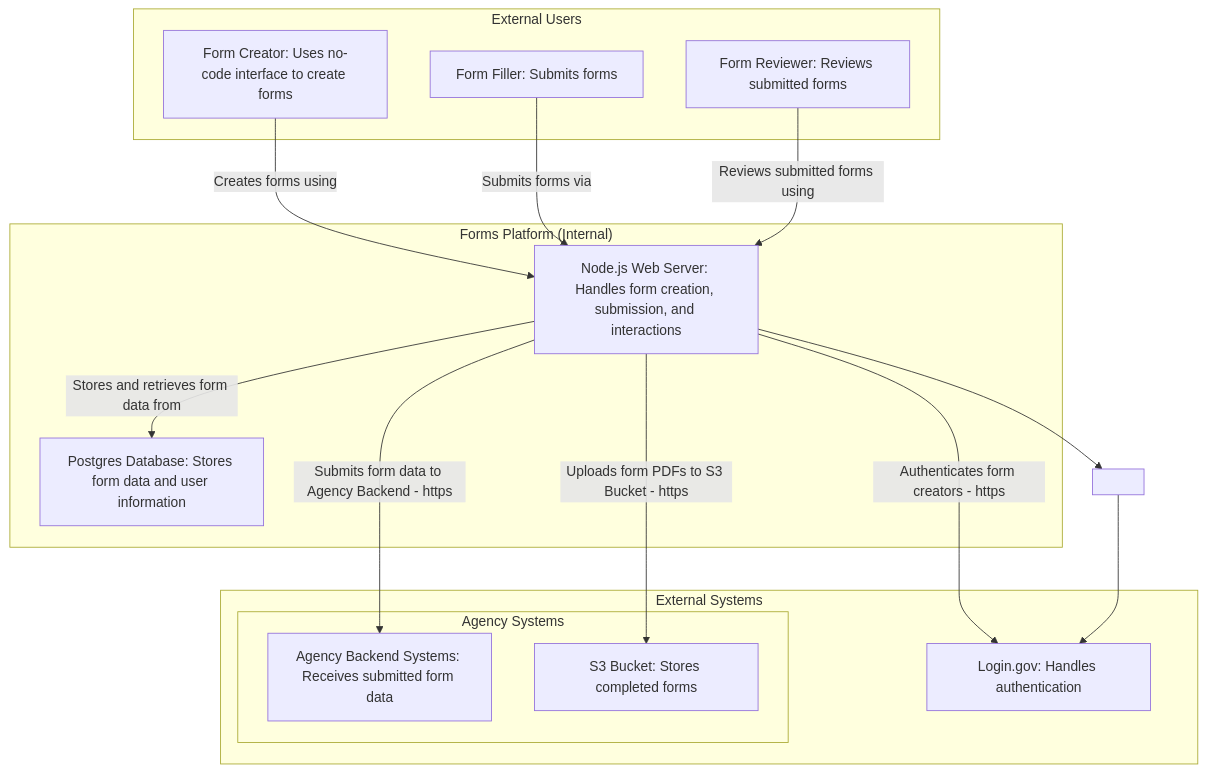
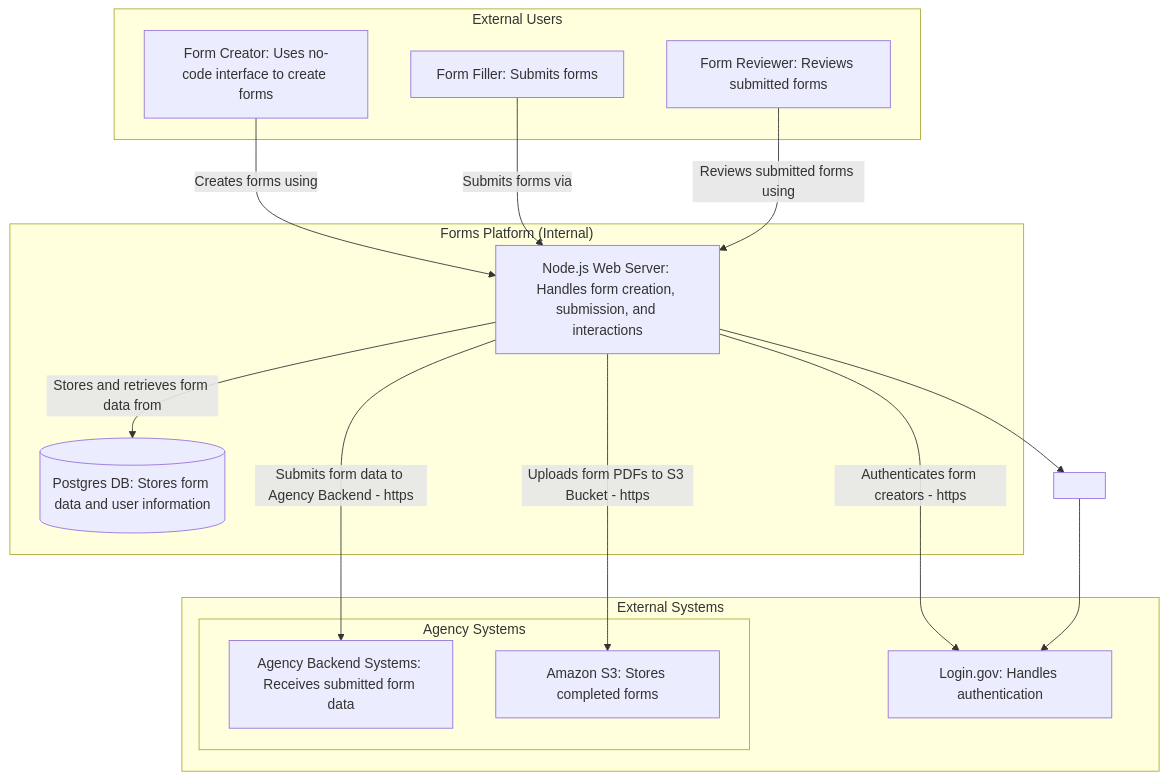
The diagram in documents/diagram.md (GSA-TTS/atj-platform), drawn with Mermaid before and after one commit. The commit also changed other lines of this file, not shown here.

Commit message:
Use cylinder for db and general cleanup

````diff
--- a/documents/diagram.md
+++ b/documents/diagram.md
@@ -3,43 +3,36 @@
 ```mermaid
 flowchart TB
-    %% External Users
     subgraph "External Users"
         formFiller[Form Filler: Submits forms]
         formCreator[Form Creator: Uses no-code interface to create forms]
         formReviewer[Form Reviewer: Reviews submitted forms]
     end
 
-    %% Internal System
     subgraph "Forms Platform (Internal)"
         webServer[Node.js Web Server: Handles form creation, submission, and interactions]
-        database[Postgres Database: Stores form data and user information]
+        database[(Postgres DB: Stores form data and user information)]
     end
 
-    %% Dummy node for layout control
-    dummyNode[ ]:::invisible
-
-    %% External Systems (grouped together, positioned below the Forms Platform)
     subgraph "External Systems"
         loginGov[Login.gov: Handles authentication]
 
         subgraph "Agency Systems"
             agencyBackend[Agency Backend Systems: Receives submitted form data]
-            s3Bucket[S3 Bucket: Stores completed forms]
+            s3Bucket[Amazon S3: Stores completed forms]
         end
     end
 
-    %% Relationships between users and the internal system
     formCreator -->|Creates forms using| webServer
     formFiller -->|Submits forms via| webServer
     formReviewer -->|Reviews submitted forms using| webServer
     webServer -->|Stores and retrieves form data from| database
 
-    %% Relationships with external systems (actions + HTTPS on separate lines)
     webServer -->|Authenticates form creators - https| loginGov
     webServer -->|Submits form data to Agency Backend - https| agencyBackend
     webServer -->|Uploads form PDFs to S3 Bucket - https| s3Bucket
 
     %% Forcing "External Systems" to be below "Forms Platform"
+    dummyNode[ ]:::invisible
     webServer --> dummyNode
     dummyNode --> loginGov
 ```
````
